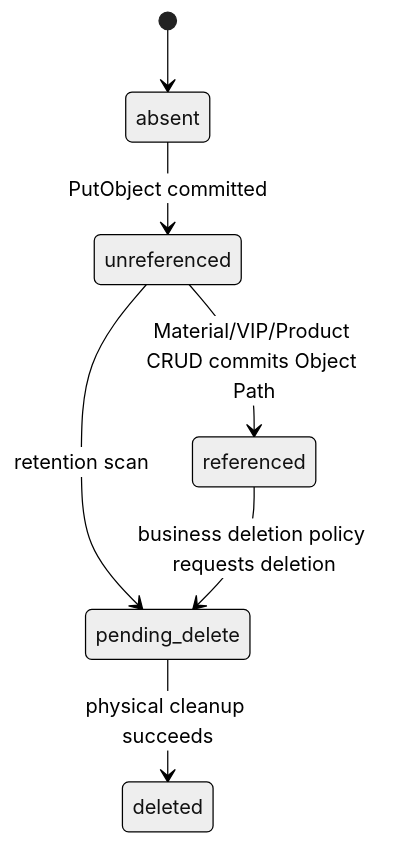
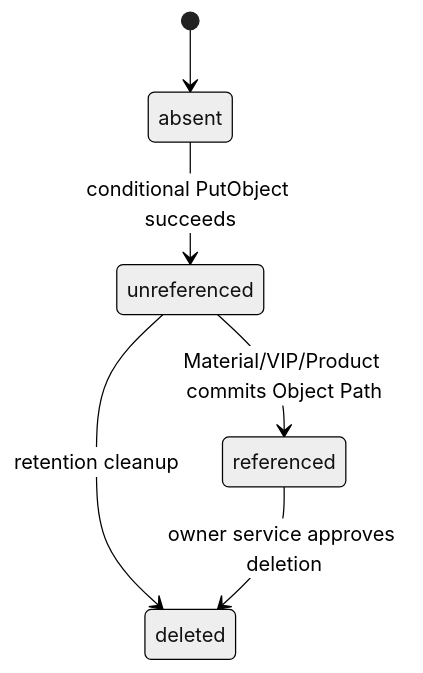
One commit to hotttao/media_agent changed the second of 2 diagrams in docs/ddd/workflow/0008-library-object-upload/library_object_upload.md. Above: the diagram before and after it, drawn with Mermaid (neutral theme). The commit also changed other lines of this file and 130 other files, not shown here.

````diff
--- a/docs/ddd/workflow/0008-library-object-upload/library_object_upload.md
+++ b/docs/ddd/workflow/0008-library-object-upload/library_object_upload.md
@@ -90,9 +76,8 @@
 ```mermaid
 stateDiagram-v2
     [*] --> absent
-    absent --> unreferenced: PutObject committed
-    unreferenced --> referenced: Material/VIP/Product CRUD commits Object Path
-    unreferenced --> pending_delete: retention scan
-    referenced --> pending_delete: business deletion policy requests deletion
-    pending_delete --> deleted: physical cleanup succeeds
+    absent --> unreferenced: conditional PutObject succeeds
+    unreferenced --> referenced: Material/VIP/Product commits Object Path
+    unreferenced --> deleted: retention cleanup
+    referenced --> deleted: owner service approves deletion
 ```
````
